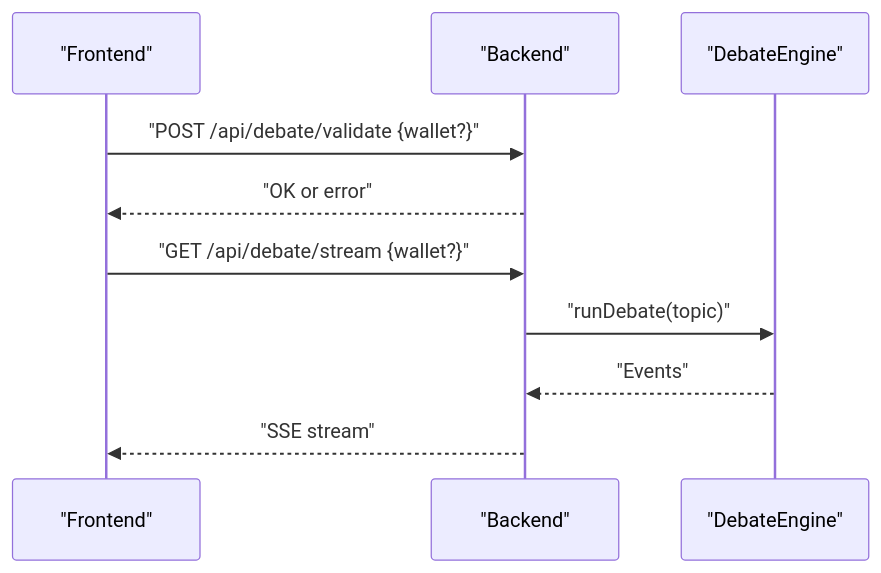
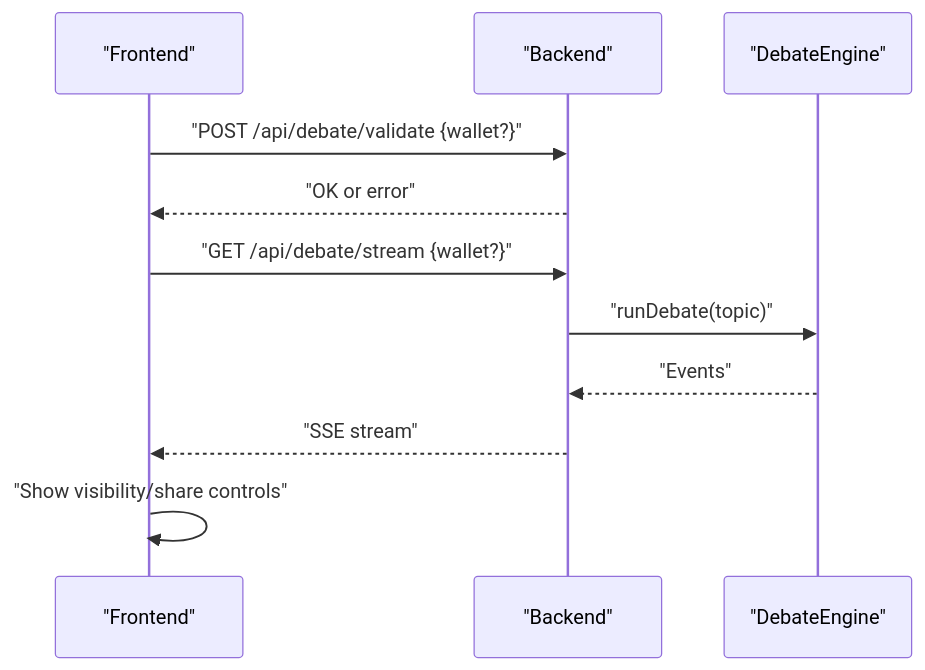
The ninth of 12 diagrams in .qoder/repowiki/en/content/Staking & Access Control System/Access Control Logic.md (RunTimeAdmin/tri-ai), drawn with Mermaid before and after one commit. The commit also changed other lines of this file and 40 other files, not shown here.

````diff
--- a/.qoder/repowiki/en/content/Staking & Access Control System/Access Control Logic.md
+++ b/.qoder/repowiki/en/content/Staking & Access Control System/Access Control Logic.md
@@ -204,12 +357,13 @@
 ```mermaid
 sequenceDiagram
 participant UI as "Frontend"
 participant API as "Backend"
 participant ENG as "DebateEngine"
 UI->>API : "POST /api/debate/validate {wallet?}"
 API-->>UI : "OK or error"
 UI->>API : "GET /api/debate/stream {wallet?}"
 API->>ENG : "runDebate(topic)"
 ENG-->>API : "Events"
 API-->>UI : "SSE stream"
+UI->>UI : "Show visibility/share controls"
 ```
````
